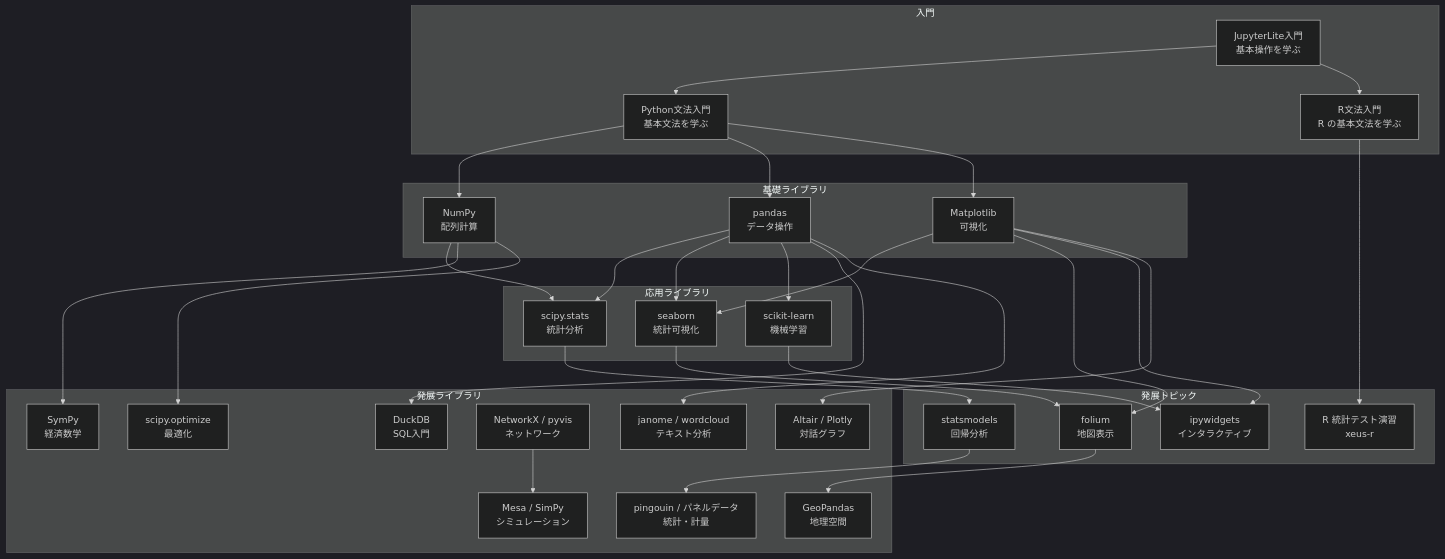
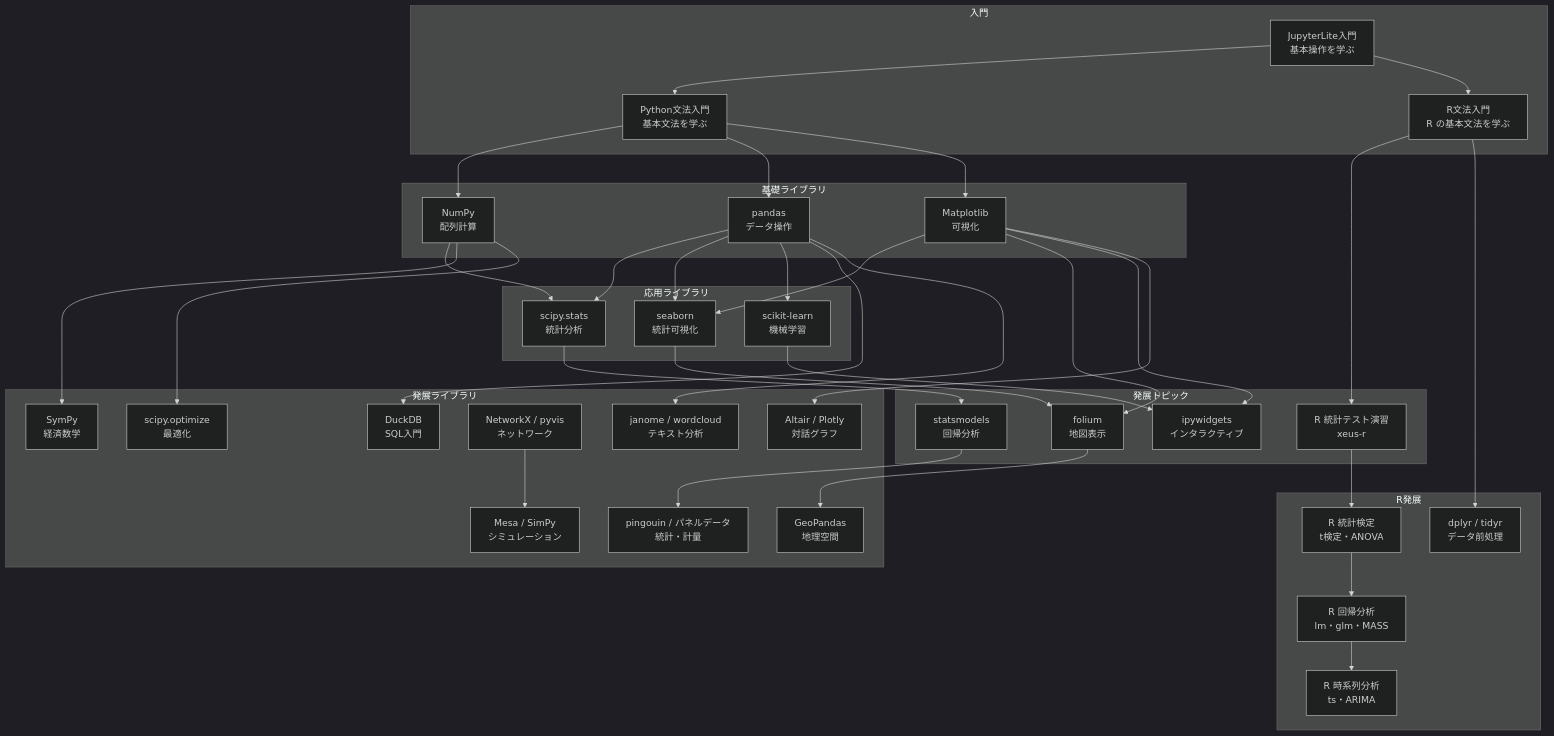
The diagram in content/README.md (kkawailab/kklab-jupyterlite), drawn with Mermaid (dark theme) before and after one commit. The commit also changed other lines of this file and 9 other files, not shown here.

````diff
--- a/content/README.md
+++ b/content/README.md
@@ -48,55 +48,65 @@
 ```mermaid
 flowchart TD
     subgraph 入門
         A[JupyterLite入門<br/>基本操作を学ぶ]
         P[Python文法入門<br/>基本文法を学ぶ]
         R[R文法入門<br/>R の基本文法を学ぶ]
     end
 
     subgraph 基礎ライブラリ
         B[NumPy<br/>配列計算]
         C[pandas<br/>データ操作]
         D[Matplotlib<br/>可視化]
     end
 
     subgraph 応用ライブラリ
         E[scipy.stats<br/>統計分析]
         F[seaborn<br/>統計可視化]
         G[scikit-learn<br/>機械学習]
     end
 
     subgraph 発展トピック
         H[statsmodels<br/>回帰分析]
         I[folium<br/>地図表示]
         J[ipywidgets<br/>インタラクティブ]
         K[R 統計テスト演習<br/>xeus-r]
     end
 
+    subgraph R発展
+        RA[R 統計検定<br/>t検定・ANOVA]
+        RB[R 回帰分析<br/>lm・glm・MASS]
+        RC[dplyr / tidyr<br/>データ前処理]
+        RD[R 時系列分析<br/>ts・ARIMA]
+    end
+
     subgraph 発展ライブラリ
         L[SymPy<br/>経済数学]
         M[scipy.optimize<br/>最適化]
         N[DuckDB<br/>SQL入門]
         O[NetworkX / pyvis<br/>ネットワーク]
         Q[GeoPandas<br/>地理空間]
         S[Altair / Plotly<br/>対話グラフ]
         T[janome / wordcloud<br/>テキスト分析]
         V[pingouin / パネルデータ<br/>統計・計量]
         W[Mesa / SimPy<br/>シミュレーション]
     end
 
     A --> P & R
     P --> B & C & D
-    R --> K
+    R --> K & RC
+    K --> RA
+    RA --> RB
+    RB --> RD
     B --> E
     C --> E & F & G
     D --> F & I & J
     E --> H
     F --> I
     G --> J
     B --> L & M
     C --> N & T
     D --> S
     I --> Q
     O --> W
     H --> V
 ```
````
